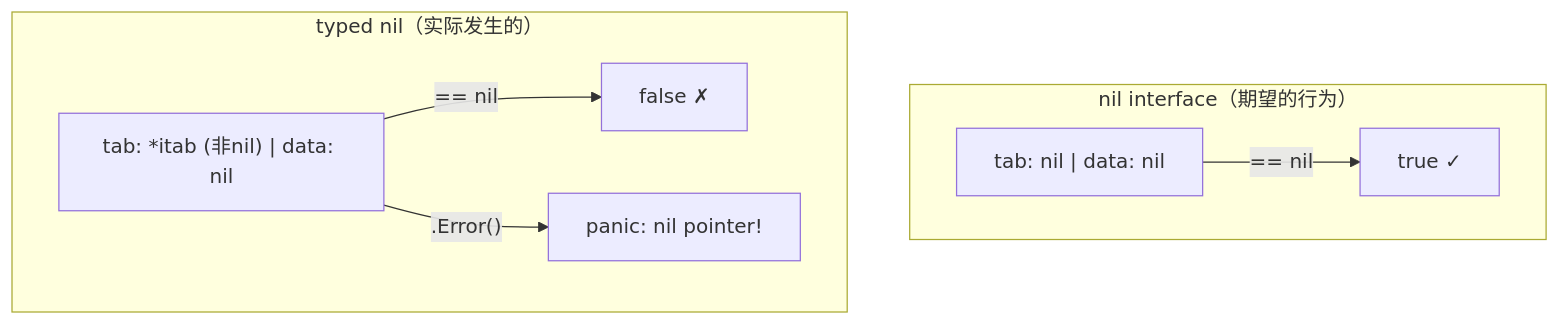
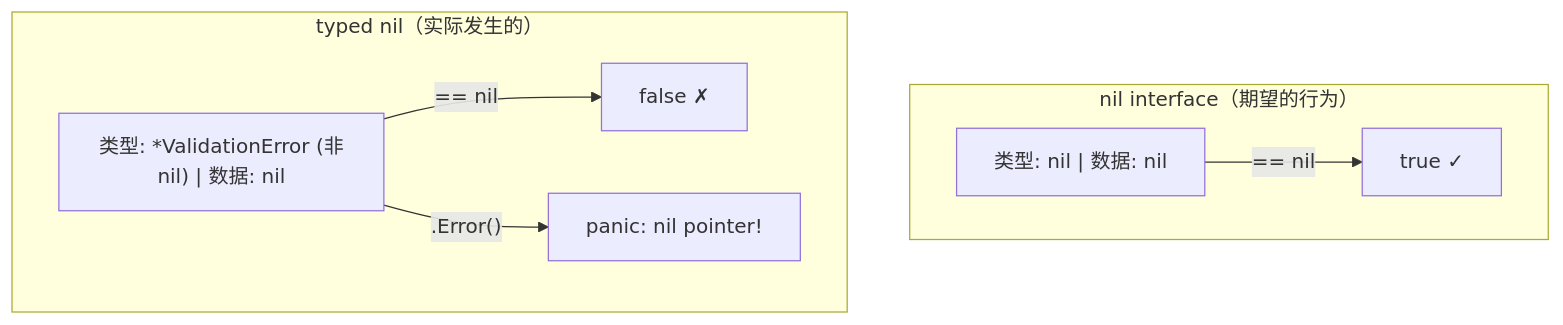
One commit to xuezhaojun/blog changed the second of 2 diagrams in content/collections/go-internals/go-interface.md. Above: the diagram before and after it, drawn with Mermaid. The commit also changed other lines of this file and 2 other files, not shown here.

````diff
--- a/content/collections/go-internals/go-interface.md
+++ b/content/collections/go-internals/go-interface.md
@@ -171,12 +85,12 @@
 ```mermaid
 graph TD
     subgraph "nil interface（期望的行为）"
-        NI["tab: nil | data: nil"]
+        NI["类型: nil | 数据: nil"]
         NI -->|"== nil"| TRUE1["true ✓"]
     end
     subgraph "typed nil（实际发生的）"
-        TN["tab: *itab (非nil) | data: nil"]
+        TN["类型: *ValidationError (非nil) | 数据: nil"]
         TN -->|"== nil"| FALSE["false ✗"]
         TN -->|".Error()"| PANIC["panic: nil pointer!"]
     end
 ```
````
